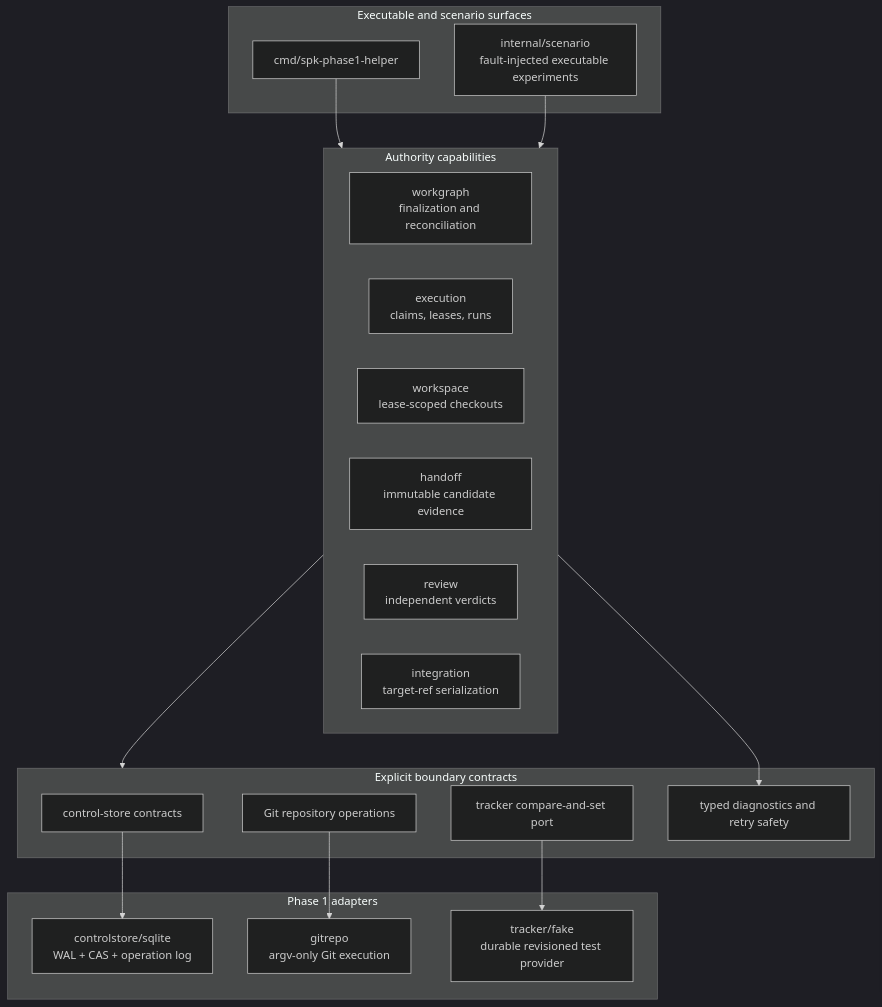
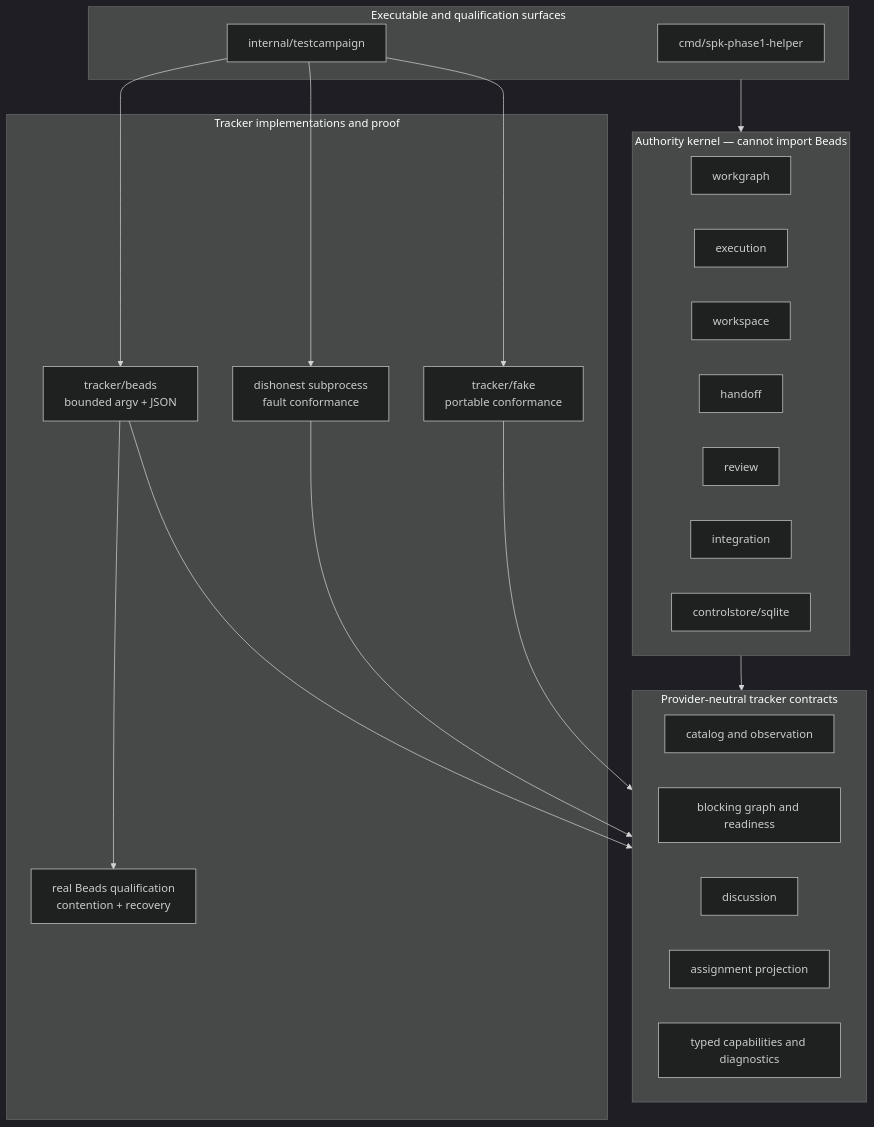
One commit to Ivan-Melck/spec-kitty-go changed the second of 3 diagrams in README.md. Above: the diagram before and after it, drawn with Mermaid (dark theme). The commit also changed other lines of this file and 3 other files, not shown here.

Commit message:
docs(WP11): publish Beads operations and evidence attestation

````diff
--- a/README.md
+++ b/README.md
@@ -180,37 +99,42 @@
 ```mermaid
 flowchart TB
-    subgraph Entry["Executable and scenario surfaces"]
+    subgraph Surface["Executable and qualification surfaces"]
         Helper["cmd/spk-phase1-helper"]
-        Scenarios["internal/scenario<br/>fault-injected executable experiments"]
+        Campaign["internal/testcampaign"]
     end
 
-    subgraph Domain["Authority capabilities"]
-        Graph["workgraph<br/>finalization and reconciliation"]
-        Exec["execution<br/>claims, leases, runs"]
-        Workspace["workspace<br/>lease-scoped checkouts"]
-        Handoff["handoff<br/>immutable candidate evidence"]
-        Review["review<br/>independent verdicts"]
-        Integrate["integration<br/>target-ref serialization"]
+    subgraph Kernel["Authority kernel — cannot import Beads"]
+        Workgraph["workgraph"]
+        Execution["execution"]
+        Workspace["workspace"]
+        Handoff["handoff"]
+        Review["review"]
+        Integration["integration"]
+        Control["controlstore/sqlite"]
     end
 
-    subgraph Ports["Explicit boundary contracts"]
-        StorePort["control-store contracts"]
-        GitPort["Git repository operations"]
-        TrackerPort["tracker compare-and-set port"]
-        Diag["typed diagnostics and retry safety"]
+    subgraph Ports["Provider-neutral tracker contracts"]
+        Catalog["catalog and observation"]
+        Graph["blocking graph and readiness"]
+        Discussion["discussion"]
+        Assignment["assignment projection"]
+        Diagnostics["typed capabilities and diagnostics"]
     end
 
-    subgraph Adapters["Phase 1 adapters"]
-        SQLite["controlstore/sqlite<br/>WAL + CAS + operation log"]
-        GitAdapter["gitrepo<br/>argv-only Git execution"]
-        FakeTracker["tracker/fake<br/>durable revisioned test provider"]
+    subgraph Providers["Tracker implementations and proof"]
+        Fake["tracker/fake<br/>portable conformance"]
+        Dishonest["dishonest subprocess<br/>fault conformance"]
+        BeadsAdapter["tracker/beads<br/>bounded argv + JSON"]
+        Real["real Beads qualification<br/>contention + recovery"]
     end
 
-    Helper --> Domain
-    Scenarios --> Domain
-    Domain --> Ports
-    StorePort --> SQLite
-    GitPort --> GitAdapter
-    TrackerPort --> FakeTracker
-    Domain --> Diag
+    Surface --> Kernel
+    Kernel --> Ports
+    Fake --> Ports
+    Dishonest --> Ports
+    BeadsAdapter --> Ports
+    Campaign --> Fake
+    Campaign --> Dishonest
+    Campaign --> BeadsAdapter
+    BeadsAdapter --> Real
 ```
````
